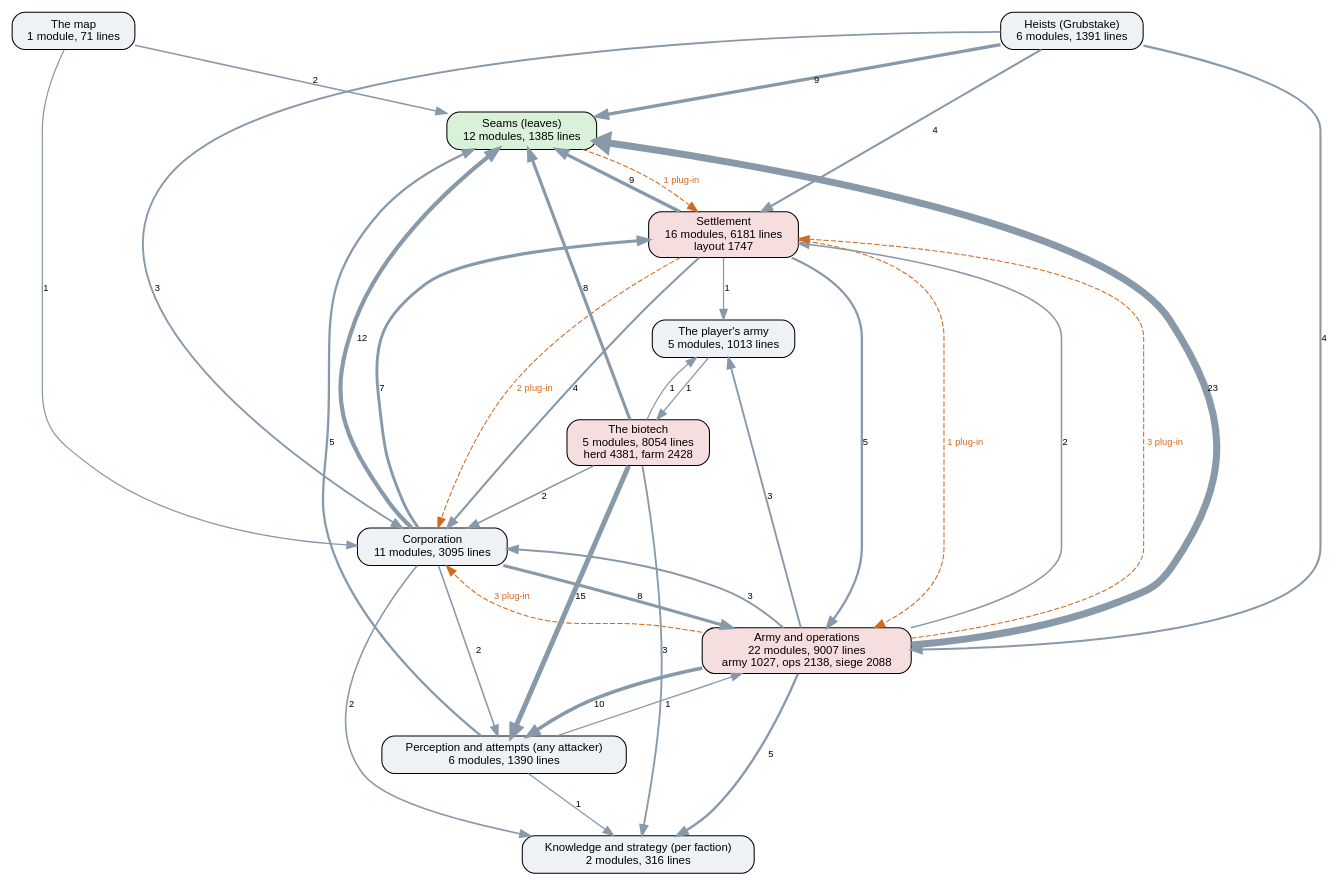
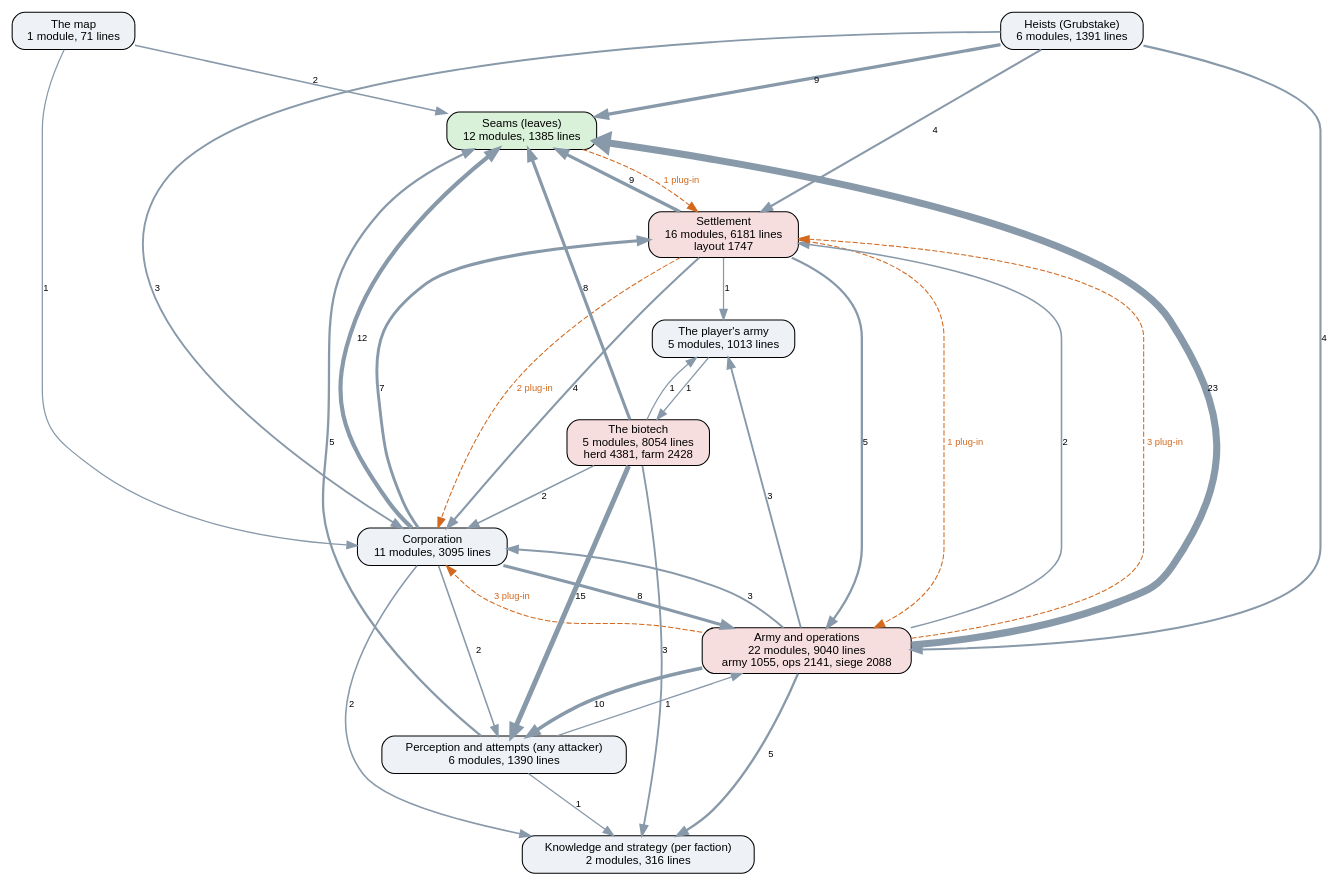
One commit to kinelhu/landing-party changed the diagram in docs/ai-layers.dot. Above: the diagram before and after it, drawn with Graphviz. The commit also changed 11 other files, not shown here.

```diff
--- a/docs/ai-layers.dot
+++ b/docs/ai-layers.dot
@@ -1,50 +1,50 @@
 digraph layers {
   graph [rankdir=TB, fontname="Helvetica", nodesep=0.5, ranksep=0.7];
   node [shape=box, style="rounded,filled", fontname="Helvetica", fontsize=11, fillcolor="#eef2f7"];
   edge [color="#8899aa", fontname="Helvetica", fontsize=9];
   "Seams (leaves)" [label="Seams (leaves)\n12 modules, 1385 lines", fillcolor="#d9f0d9"];
   "Perception and attempts (any attacker)" [label="Perception and attempts (any attacker)\n6 modules, 1390 lines", fillcolor="#eef2f7"];
   "Knowledge and strategy (per faction)" [label="Knowledge and strategy (per faction)\n2 modules, 316 lines", fillcolor="#eef2f7"];
   "Corporation" [label="Corporation\n11 modules, 3095 lines", fillcolor="#eef2f7"];
   "Settlement" [label="Settlement\n16 modules, 6181 lines\nlayout 1747", fillcolor="#f7dede"];
-  "Army and operations" [label="Army and operations\n22 modules, 9007 lines\narmy 1027, ops 2138, siege 2088", fillcolor="#f7dede"];
+  "Army and operations" [label="Army and operations\n22 modules, 9040 lines\narmy 1055, ops 2141, siege 2088", fillcolor="#f7dede"];
   "Heists (Grubstake)" [label="Heists (Grubstake)\n6 modules, 1391 lines", fillcolor="#eef2f7"];
   "The biotech" [label="The biotech\n5 modules, 8054 lines\nherd 4381, farm 2428", fillcolor="#f7dede"];
   "The map" [label="The map\n1 module, 71 lines", fillcolor="#eef2f7"];
   "The player's army" [label="The player's army\n5 modules, 1013 lines", fillcolor="#eef2f7"];
   "Army and operations" -> "Corporation" [label="3", penwidth=1.8];
   "Army and operations" -> "Knowledge and strategy (per faction)" [label="5", penwidth=2.2];
   "Army and operations" -> "Perception and attempts (any attacker)" [label="10", penwidth=3.5];
   "Army and operations" -> "Seams (leaves)" [label="23", penwidth=6.8];
   "Army and operations" -> "Settlement" [label="2", penwidth=1.5];
   "Army and operations" -> "The player's army" [label="3", penwidth=1.8];
   "Corporation" -> "Army and operations" [label="8", penwidth=3.0];
   "Corporation" -> "Knowledge and strategy (per faction)" [label="2", penwidth=1.5];
   "Corporation" -> "Perception and attempts (any attacker)" [label="2", penwidth=1.5];
   "Corporation" -> "Seams (leaves)" [label="12", penwidth=4.0];
   "Corporation" -> "Settlement" [label="7", penwidth=2.8];
   "Heists (Grubstake)" -> "Army and operations" [label="4", penwidth=2.0];
   "Heists (Grubstake)" -> "Corporation" [label="3", penwidth=1.8];
   "Heists (Grubstake)" -> "Seams (leaves)" [label="9", penwidth=3.2];
   "Heists (Grubstake)" -> "Settlement" [label="4", penwidth=2.0];
   "Perception and attempts (any attacker)" -> "Army and operations" [label="1", penwidth=1.2];
   "Perception and attempts (any attacker)" -> "Knowledge and strategy (per faction)" [label="1", penwidth=1.2];
   "Perception and attempts (any attacker)" -> "Seams (leaves)" [label="5", penwidth=2.2];
   "Settlement" -> "Army and operations" [label="5", penwidth=2.2];
   "Settlement" -> "Corporation" [label="4", penwidth=2.0];
   "Settlement" -> "Seams (leaves)" [label="9", penwidth=3.2];
   "Settlement" -> "The player's army" [label="1", penwidth=1.2];
   "The biotech" -> "Corporation" [label="2", penwidth=1.5];
   "The biotech" -> "Knowledge and strategy (per faction)" [label="3", penwidth=1.8];
   "The biotech" -> "Perception and attempts (any attacker)" [label="15", penwidth=4.8];
   "The biotech" -> "Seams (leaves)" [label="8", penwidth=3.0];
   "The biotech" -> "The player's army" [label="1", penwidth=1.2];
   "The map" -> "Corporation" [label="1", penwidth=1.2];
   "The map" -> "Seams (leaves)" [label="2", penwidth=1.5];
   "The player's army" -> "The biotech" [label="1", penwidth=1.2];
   "Army and operations" -> "Corporation" [style=dashed, color="#d2691e", fontcolor="#d2691e", label="3 plug-in"];
   "Army and operations" -> "Settlement" [style=dashed, color="#d2691e", fontcolor="#d2691e", label="3 plug-in"];
   "Seams (leaves)" -> "Settlement" [style=dashed, color="#d2691e", fontcolor="#d2691e", label="1 plug-in"];
   "Settlement" -> "Army and operations" [style=dashed, color="#d2691e", fontcolor="#d2691e", label="1 plug-in"];
   "Settlement" -> "Corporation" [style=dashed, color="#d2691e", fontcolor="#d2691e", label="2 plug-in"];
 }
```
